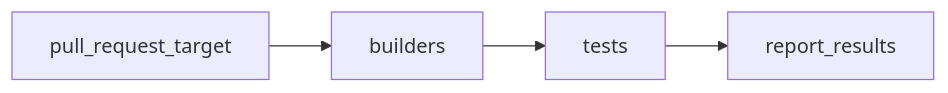
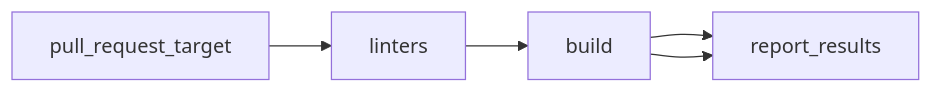
One commit to kube-burner/kube-burner changed the first of 2 diagrams in docs/development/ci/workflow-graph.md. Above: the diagram before and after it, drawn with Mermaid. The commit also changed other lines of this file and 5 other files, not shown here.

````diff
--- a/docs/development/ci/workflow-graph.md
+++ b/docs/development/ci/workflow-graph.md
@@ -10,6 +3,7 @@
-``` mermaid
+```mermaid
 graph LR
-  A[pull_request_target] --> B[builders];
-  B --> C[tests];
+  A[pull_request_target] --> B[linters];
+  B --> C[build];
+  C --> D[tests];
   C --> D[report_results];
 ```
````
